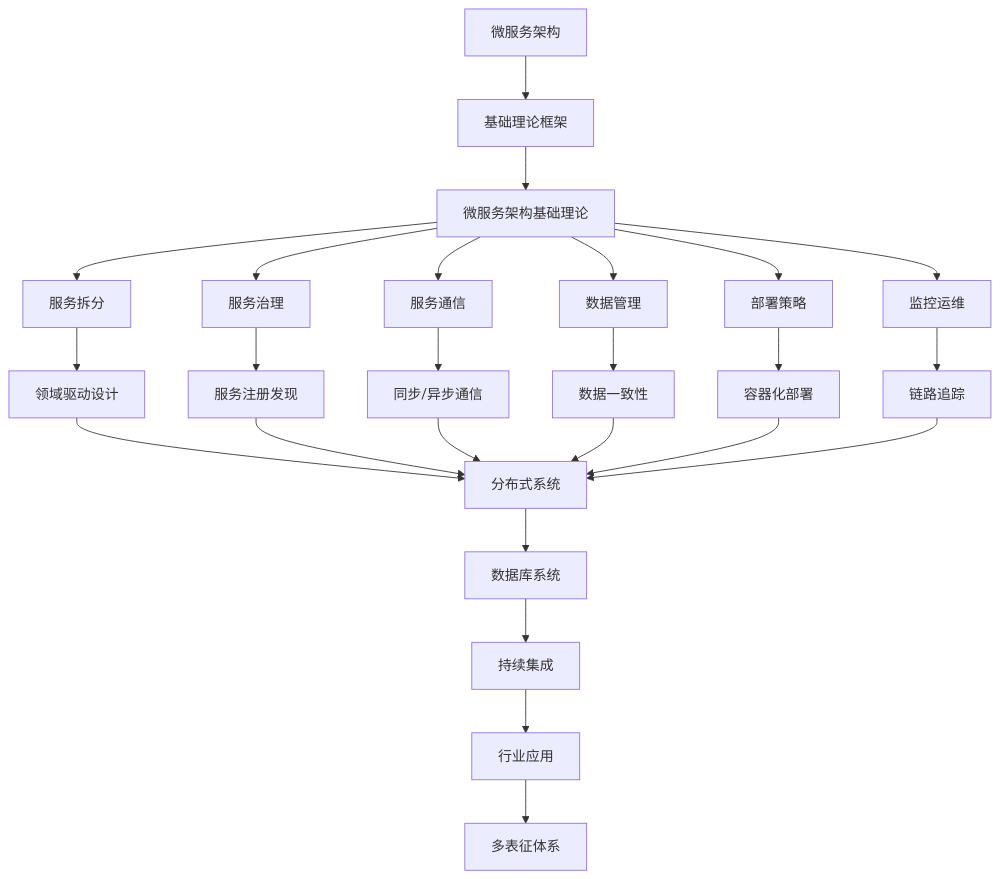
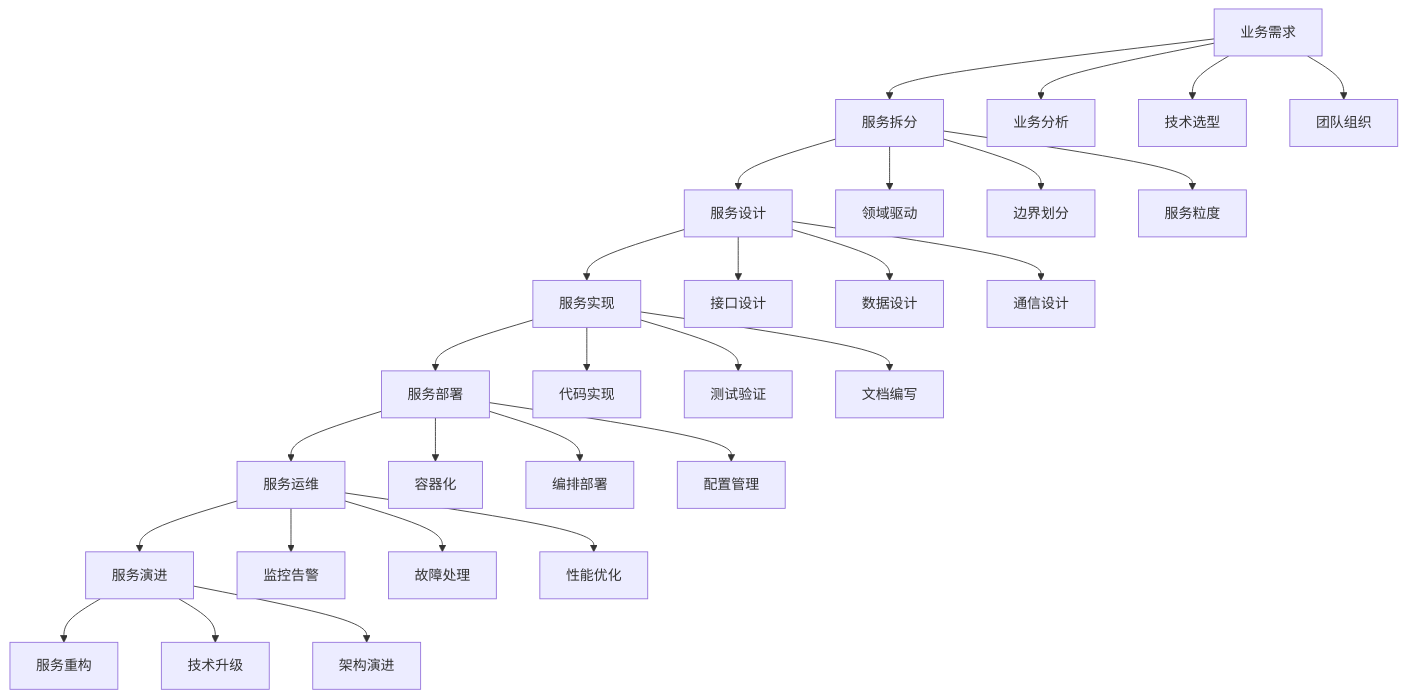
The diagram in Analysis/4-软件架构与工程/4.3-微服务架构/README.md (AdaMartin18010/Data-Science), drawn with Mermaid before and after one commit. The commit also changed other lines of this file and 16 other files, not shown here.

````diff
--- a/Analysis/4-软件架构与工程/4.3-微服务架构/README.md
+++ b/Analysis/4-软件架构与工程/4.3-微服务架构/README.md
@@ -21,22 +27,37 @@
 ```mermaid
-flowchart TD
-  A[微服务架构] --> B[基础理论框架]
-  B --> C[微服务架构基础理论]
-  C --> D[服务拆分]
-  C --> E[服务治理]
-  C --> F[服务通信]
-  C --> G[数据管理]
-  C --> H[部署策略]
-  C --> I[监控运维]
-  D --> J[领域驱动设计]
-  E --> K[服务注册发现]
-  F --> L[同步/异步通信]
-  G --> M[数据一致性]
-  H --> N[容器化部署]
-  I --> O[链路追踪]
-  J & K & L & M & N & O --> P[分布式系统]
-  P --> Q[数据库系统]
-  Q --> R[持续集成]
-  R --> S[行业应用]
-  S --> T[多表征体系]
+graph TB
+    A[业务需求] --> B[服务拆分]
+    B --> C[服务设计]
+    C --> D[服务实现]
+    D --> E[服务部署]
+    E --> F[服务运维]
+    F --> G[服务演进]
+    
+    A --> H[业务分析]
+    A --> I[技术选型]
+    A --> J[团队组织]
+    
+    B --> K[领域驱动]
+    B --> L[边界划分]
+    B --> M[服务粒度]
+    
+    C --> N[接口设计]
+    C --> O[数据设计]
+    C --> P[通信设计]
+    
+    D --> Q[代码实现]
+    D --> R[测试验证]
+    D --> S[文档编写]
+    
+    E --> T[容器化]
+    E --> U[编排部署]
+    E --> V[配置管理]
+    
+    F --> W[监控告警]
+    F --> X[故障处理]
+    F --> Y[性能优化]
+    
+    G --> Z[服务重构]
+    G --> AA[技术升级]
+    G --> BB[架构演进]
 ```
````
